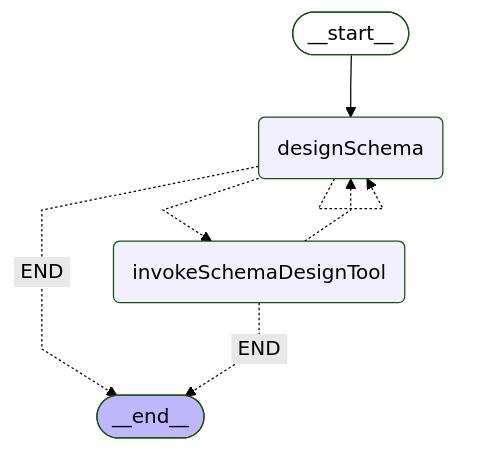
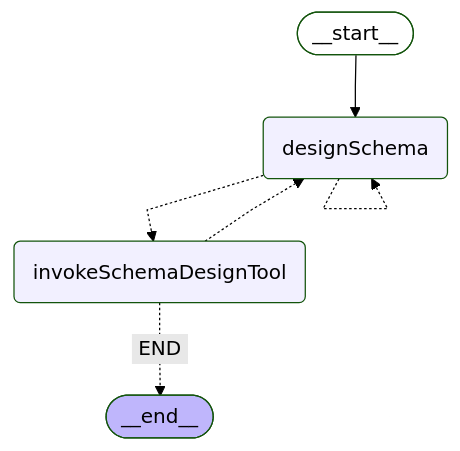
Before and after one commit to yzkee/liam: the fourth of 6 diagrams in frontend/internal-packages/agent/README.md, drawn with Mermaid (forest theme). The commit also changed 5 other files, not shown here.

First line of the commit message:
♻️ Simplify DB Agent graph by removing redundant routing logic

````diff
--- a/frontend/internal-packages/agent/README.md
+++ b/frontend/internal-packages/agent/README.md
@@ -169,17 +169,16 @@
 ```mermaid
 %%{init: {'flowchart': {'curve': 'linear'}}}%%
 graph TD;
 	__start__([<p>__start__</p>]):::first
 	designSchema(designSchema)
 	invokeSchemaDesignTool(invokeSchemaDesignTool)
 	__end__([<p>__end__</p>]):::last
 	__start__ --> designSchema;
 	designSchema -.-> invokeSchemaDesignTool;
-	designSchema -. &nbsp;END&nbsp; .-> __end__;
 	invokeSchemaDesignTool -. &nbsp;END&nbsp; .-> __end__;
 	invokeSchemaDesignTool -.-> designSchema;
 	designSchema -.-> designSchema;
 	classDef default fill:#f2f0ff,line-height:1.2;
 	classDef first fill-opacity:0;
 	classDef last fill:#bfb6fc;
 ```
````
